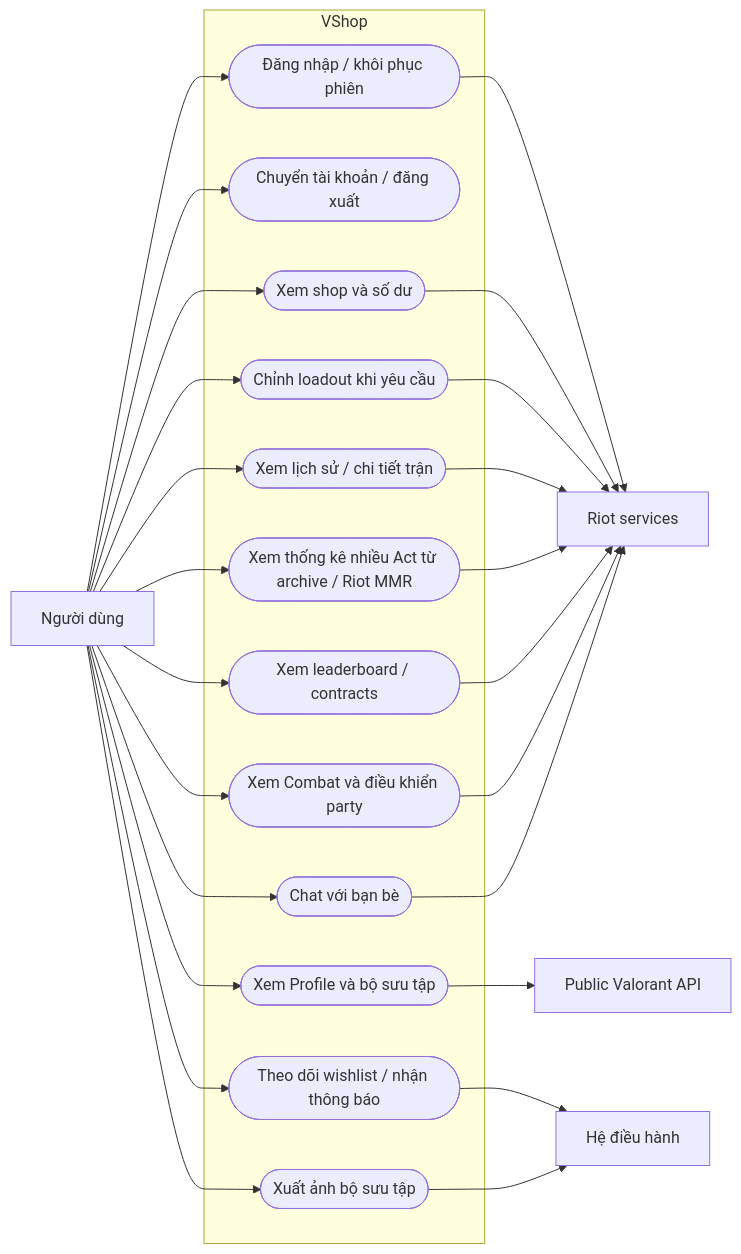
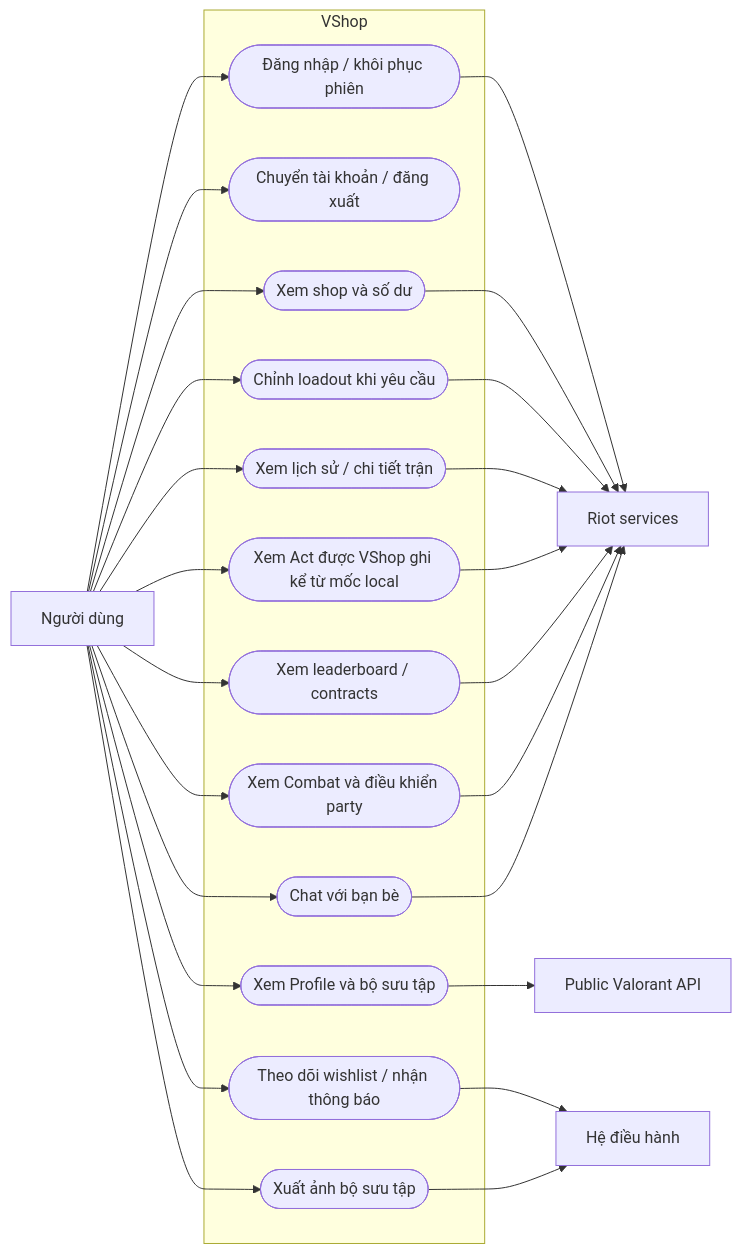
Before and after one commit to GinzaTech/Vshop: the diagram in markdown/07-use-cases.md, drawn with Mermaid. The commit also changed other lines of this file and 95 other files, not shown here.

````diff
--- a/markdown/07-use-cases.md
+++ b/markdown/07-use-cases.md
@@ -6,44 +6,44 @@
 ```mermaid
 flowchart LR
     U[Người dùng]
     R[Riot services]
     V[Public Valorant API]
     OS[Hệ điều hành]
     subgraph App[VShop]
         A([Đăng nhập / khôi phục phiên])
         B([Chuyển tài khoản / đăng xuất])
         C([Xem shop và số dư])
         D([Xem Profile và bộ sưu tập])
         E([Chỉnh loadout khi yêu cầu])
         F([Xem lịch sử / chi tiết trận])
-        G([Xem thống kê nhiều Act từ archive / Riot MMR])
+        G([Xem Act được VShop ghi kể từ mốc local])
         H([Xem leaderboard / contracts])
         I([Xem Combat và điều khiển party])
         J([Chat với bạn bè])
         K([Theo dõi wishlist / nhận thông báo])
         L([Xuất ảnh bộ sưu tập])
     end
     U --> A
     U --> B
     U --> C
     U --> D
     U --> E
     U --> F
     U --> G
     U --> H
     U --> I
     U --> J
     U --> K
     U --> L
     A --> R
     C --> R
     E --> R
     F --> R
     G --> R
     H --> R
     I --> R
     J --> R
     D --> V
     K --> OS
     L --> OS
 ```
````
